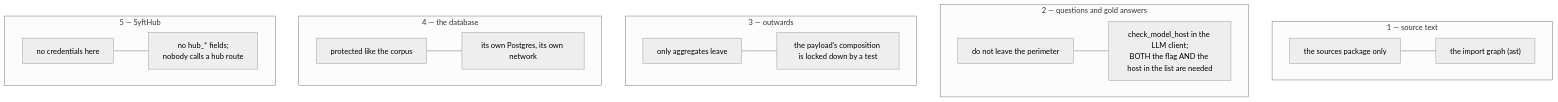
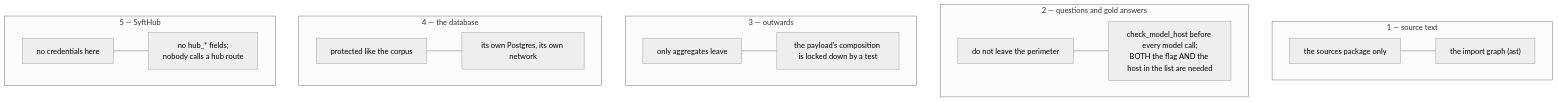
Before and after one commit to OpenMined/syft-space: the diagram in packages/benchmark/docs/privacy.md, drawn with Mermaid (neutral theme). The commit also changed other lines of this file and 112 other files, not shown here.

````diff
--- a/packages/benchmark/docs/privacy.md
+++ b/packages/benchmark/docs/privacy.md
@@ -7,18 +6,18 @@
 ```mermaid
 flowchart TB
     subgraph I1["1 — source text"]
         S1["the sources package only"] --- T1["the import graph (ast)"]
     end
     subgraph I2["2 — questions and gold answers"]
-        S2["do not leave the perimeter"] --- T2["check_model_host in the LLM client;<br/>BOTH the flag AND the host in the list are needed"]
+        S2["do not leave the perimeter"] --- T2["check_model_host before every model call;<br/>BOTH the flag AND the host in the list are needed"]
     end
     subgraph I3["3 — outwards"]
         S3["only aggregates leave"] --- T3["the payload's composition is locked down by a test"]
     end
     subgraph I4["4 — the database"]
         S4["protected like the corpus"] --- T4["its own Postgres, its own network"]
     end
     subgraph I5["5 — SyftHub"]
         S5["no credentials here"] --- T5["no hub_* fields;<br/>nobody calls a hub route"]
     end
 ```
````
